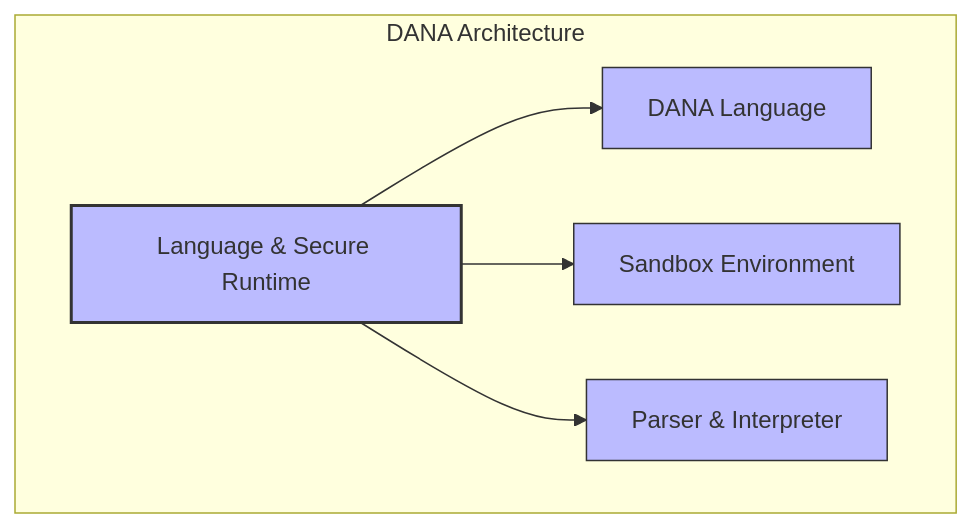
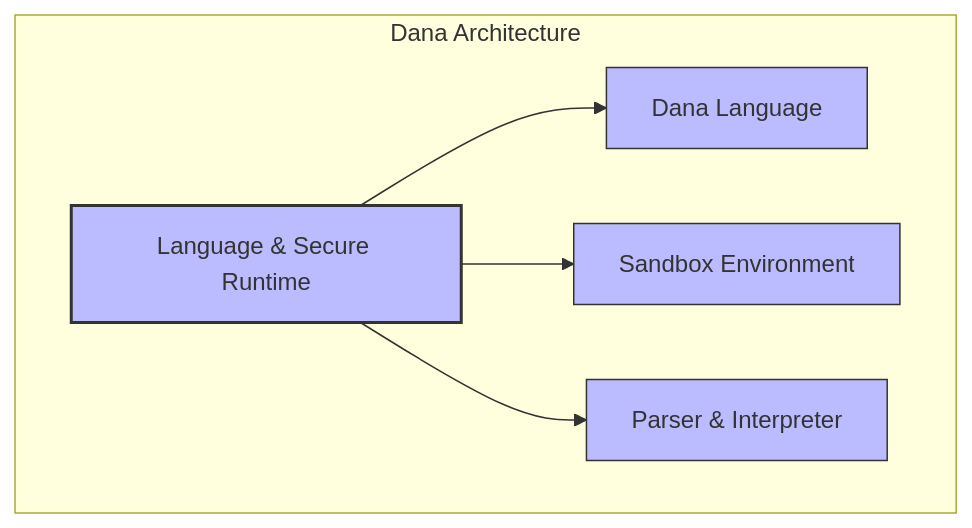
One commit to aitomatic/dana changed the third of 4 diagrams in docs/README.md. Above: the diagram before and after it, drawn with Mermaid. The commit also changed other lines of this file and 54 other files, not shown here.

````diff
--- a/docs/README.md
+++ b/docs/README.md
@@ -46,14 +46,14 @@
 ```mermaid
 graph TB
-    subgraph "DANA Architecture"
+    subgraph "Dana Architecture"
         B[Language & Secure Runtime]
-        B --> B1[DANA Language]
+        B --> B1[Dana Language]
         B --> B2[Sandbox Environment]
         B --> B3[Parser & Interpreter]
     end
     
     style B fill:#bbf,stroke:#333,stroke-width:2px
     style B1 fill:#bbf,stroke:#333,stroke-width:1px
     style B2 fill:#bbf,stroke:#333,stroke-width:1px
     style B3 fill:#bbf,stroke:#333,stroke-width:1px
 ```
````
